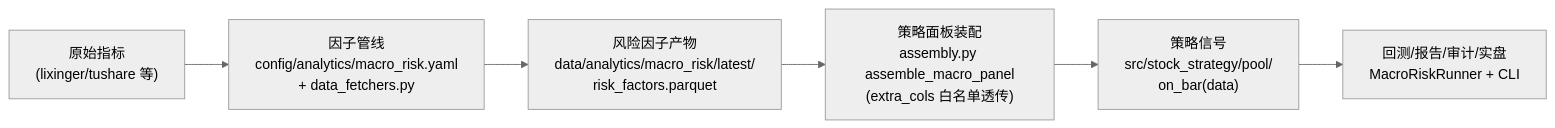
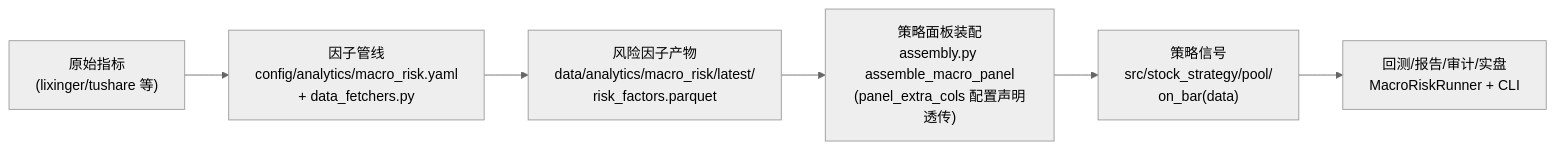
Before and after one commit to aidenreed937/stock: the diagram in .agents/skills/macro-risk-research/SKILL.md, drawn with Mermaid (neutral theme). The commit also changed other lines of this file and 10 other files, not shown here.

Commit message:
fix(macro): configure panel extra factor columns

````diff
--- a/.agents/skills/macro-risk-research/SKILL.md
+++ b/.agents/skills/macro-risk-research/SKILL.md
@@ -45,8 +45,8 @@
 ```mermaid
 flowchart LR
     A["原始指标<br>(lixinger/tushare 等)"] --> B["因子管线<br>config/analytics/macro_risk.yaml<br>+ data_fetchers.py"]
     B --> C["风险因子产物<br>data/analytics/macro_risk/latest/<br>risk_factors.parquet"]
-    C --> D["策略面板装配<br>assembly.py assemble_macro_panel<br>(extra_cols 白名单透传)"]
+    C --> D["策略面板装配<br>assembly.py assemble_macro_panel<br>(panel_extra_cols 配置声明透传)"]
     D --> E["策略信号<br>src/stock_strategy/pool/<br>on_bar(data)"]
     E --> F["回测/报告/审计/实盘<br>MacroRiskRunner + CLI"]
 ```
````
